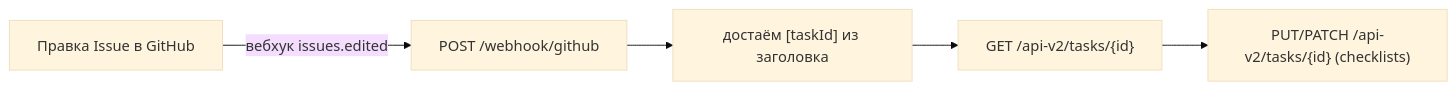
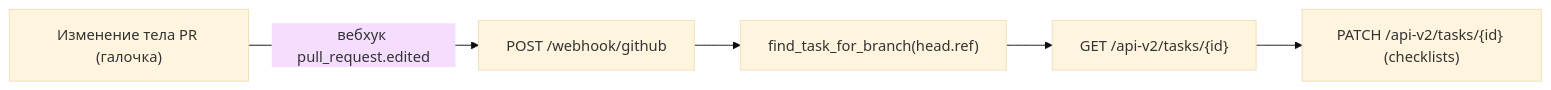
One commit to rlxlxl/AutoAgile changed the first of 2 diagrams in README.md. Above: the diagram before and after it, drawn with Mermaid (base theme). The commit also changed other lines of this file and 7 other files, not shown here.

````diff
--- a/README.md
+++ b/README.md
@@ -192,7 +191,7 @@
 ```mermaid
 flowchart LR
-  A["Правка Issue в GitHub"] -->|"вебхук issues.edited"| B["POST /webhook/github"]
-  B --> C["достаём [taskId] из заголовка"]
+  A["Изменение тела PR (галочка)"] -->|"вебхук pull_request.edited"| B["POST /webhook/github"]
+  B --> C["find_task_for_branch(head.ref)"]
   C --> D["GET /api-v2/tasks/{id}"]
-  D --> E["PUT/PATCH /api-v2/tasks/{id} (checklists)"]
+  D --> E["PATCH /api-v2/tasks/{id} (checklists)"]
 ```
````
